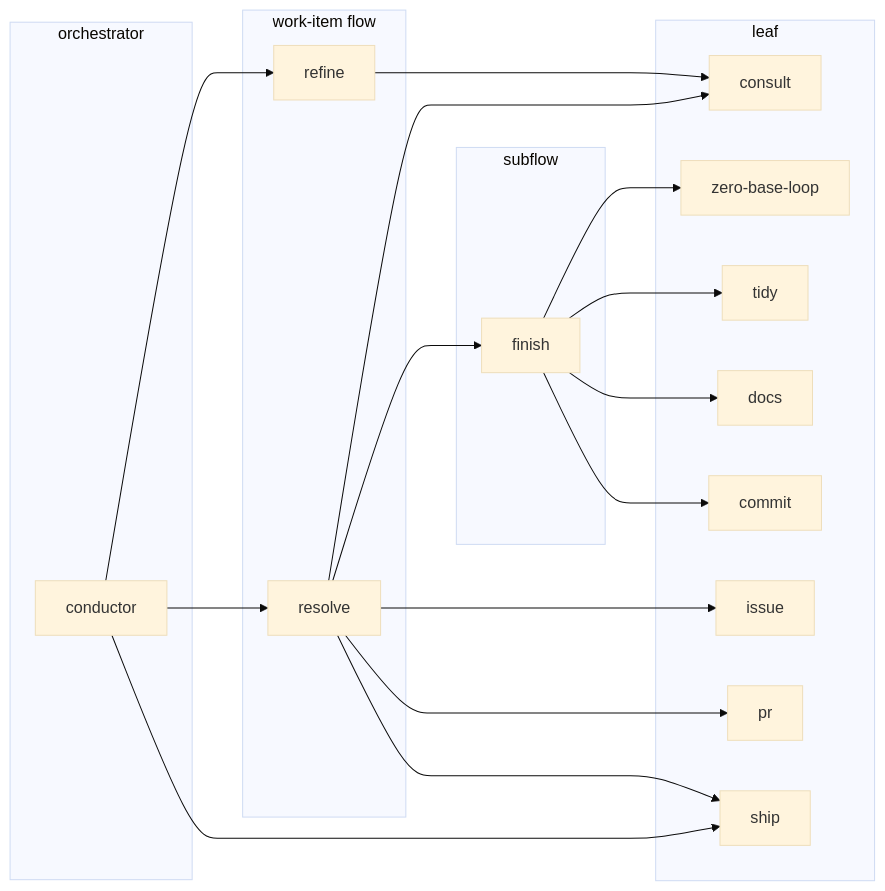
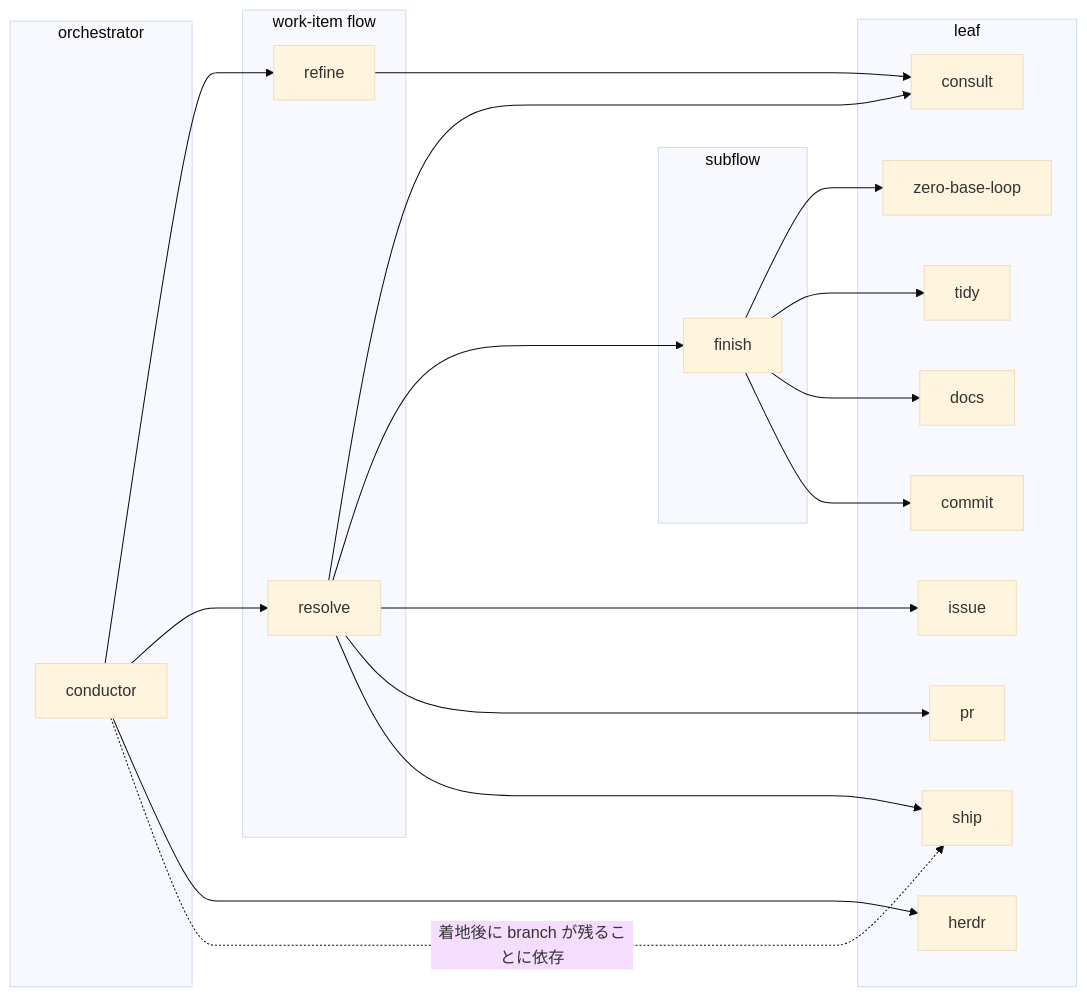
The first of 2 diagrams in agents/docs/structure.md (usagizmo/agentfiles), drawn with Mermaid (base theme) before and after one commit. The commit also changed other lines of this file and 3 other files, not shown here.

First line of the commit message:
📝 [agents] docs の索引ずれを直し、図を現行の分岐へ合わせる

````diff
--- a/agents/docs/structure.md
+++ b/agents/docs/structure.md
@@ -27,37 +27,39 @@
 ```mermaid
 flowchart LR
     subgraph orch[orchestrator]
         CO[conductor]
     end
     subgraph flow["work-item flow"]
         RF[refine]
         RS[resolve]
     end
     subgraph sub[subflow]
         FI[finish]
     end
     subgraph leaf[leaf]
         CS[consult]
         ZB[zero-base-loop]
         TD[tidy]
         DC[docs]
         CM[commit]
         PR[pr]
         SH[ship]
         IS[issue]
+        HD[herdr]
     end
 
     CO --> RF
     CO --> RS
-    CO --> SH
+    CO --> HD
+    CO -.->|着地後に branch が残ることに依存| SH
     RF --> CS
     RS --> CS
     RS --> FI
     RS --> IS
     RS --> PR
     RS --> SH
     FI --> ZB
     FI --> TD
     FI --> DC
     FI --> CM
 ```
````
